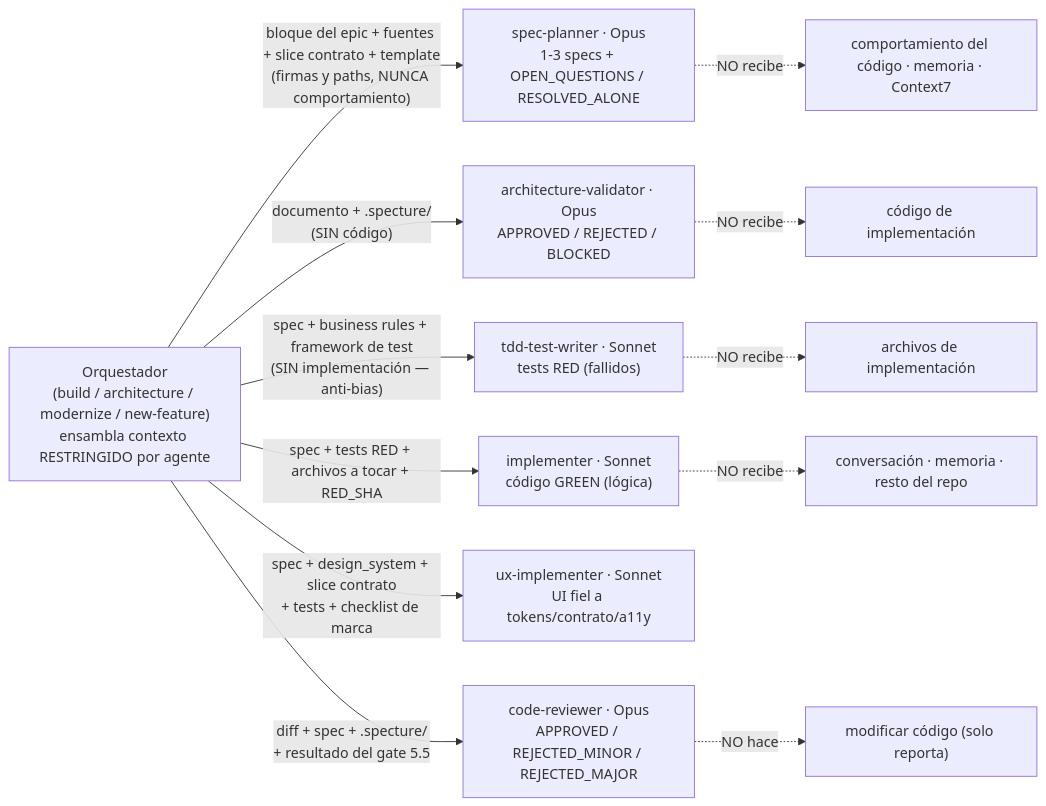
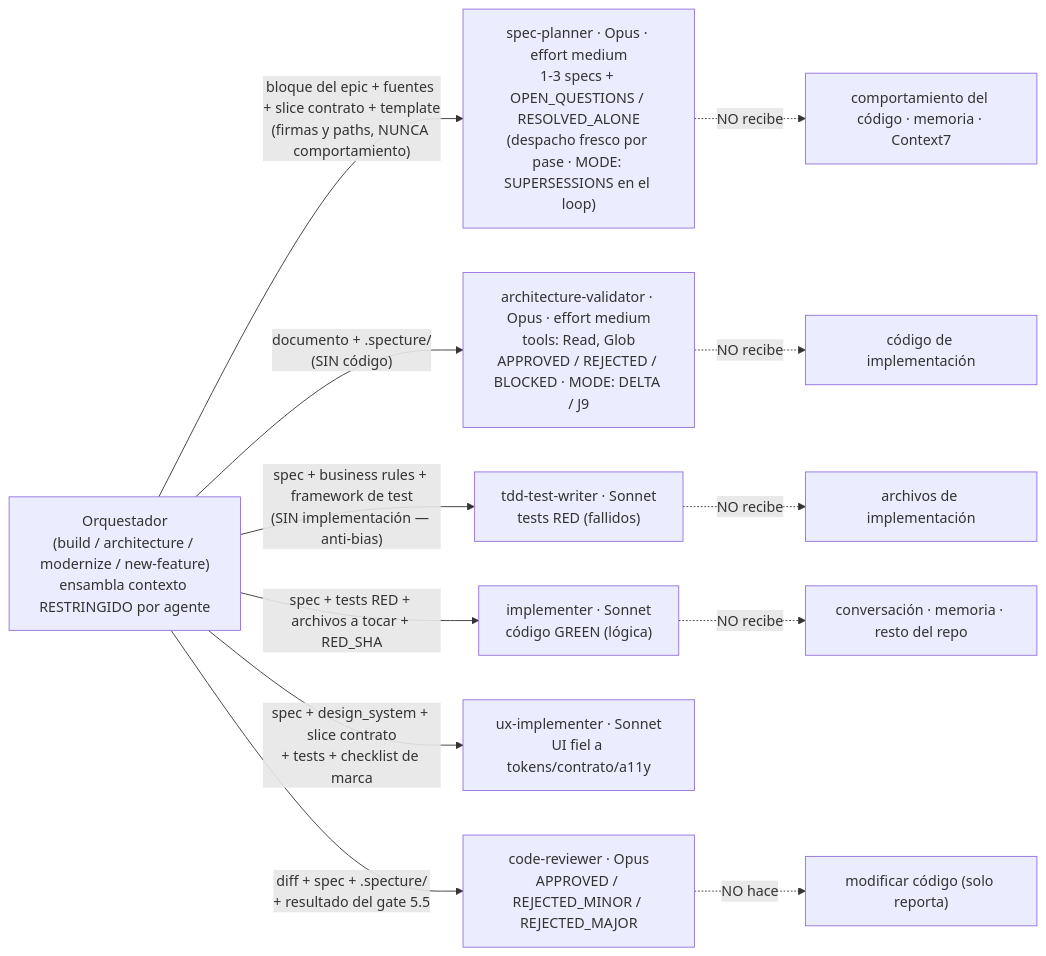
One commit to FerEscobarDev/Specture changed the third of 20 diagrams in docs/execution-flows.md. Above: the diagram before and after it, drawn with Mermaid. The commit also changed other lines of this file and 9 other files, not shown here.

````diff
--- a/docs/execution-flows.md
+++ b/docs/execution-flows.md
@@ -109,17 +109,17 @@
 ```mermaid
 flowchart LR
     O["Orquestador<br/>(build / architecture / modernize / new-feature)<br/>ensambla contexto RESTRINGIDO por agente"]
 
-    O -->|"bloque del epic + fuentes + slice contrato + template<br/>(firmas y paths, NUNCA comportamiento)"| SP["spec-planner · Opus<br/>1-3 specs + OPEN_QUESTIONS / RESOLVED_ALONE"]
-    O -->|"documento + .specture/<br/>(SIN código)"| AV["architecture-validator · Opus<br/>APPROVED / REJECTED / BLOCKED"]
+    O -->|"bloque del epic + fuentes + slice contrato + template<br/>(firmas y paths, NUNCA comportamiento)"| SP["spec-planner · Opus · effort medium<br/>1-3 specs + OPEN_QUESTIONS / RESOLVED_ALONE<br/>(despacho fresco por pase · MODE: SUPERSESSIONS en el loop)"]
+    O -->|"documento + .specture/<br/>(SIN código)"| AV["architecture-validator · Opus · effort medium<br/>tools: Read, Glob<br/>APPROVED / REJECTED / BLOCKED · MODE: DELTA / J9"]
     O -->|"spec + business rules + framework de test<br/>(SIN implementación — anti-bias)"| TW["tdd-test-writer · Sonnet<br/>tests RED (fallidos)"]
     O -->|"spec + tests RED + archivos a tocar + RED_SHA"| IM["implementer · Sonnet<br/>código GREEN (lógica)"]
     O -->|"spec + design_system + slice contrato<br/>+ tests + checklist de marca"| UX["ux-implementer · Sonnet<br/>UI fiel a tokens/contrato/a11y"]
     O -->|"diff + spec + .specture/<br/>+ resultado del gate 5.5"| CR["code-reviewer · Opus<br/>APPROVED / REJECTED_MINOR / REJECTED_MAJOR"]
 
     SP -.->|"NO recibe"| X5["comportamiento del código · memoria · Context7"]
     AV -.->|"NO recibe"| X1["código de implementación"]
     TW -.->|"NO recibe"| X2["archivos de implementación"]
     IM -.->|"NO recibe"| X3["conversación · memoria · resto del repo"]
     CR -.->|"NO hace"| X4["modificar código (solo reporta)"]
 ```
````
